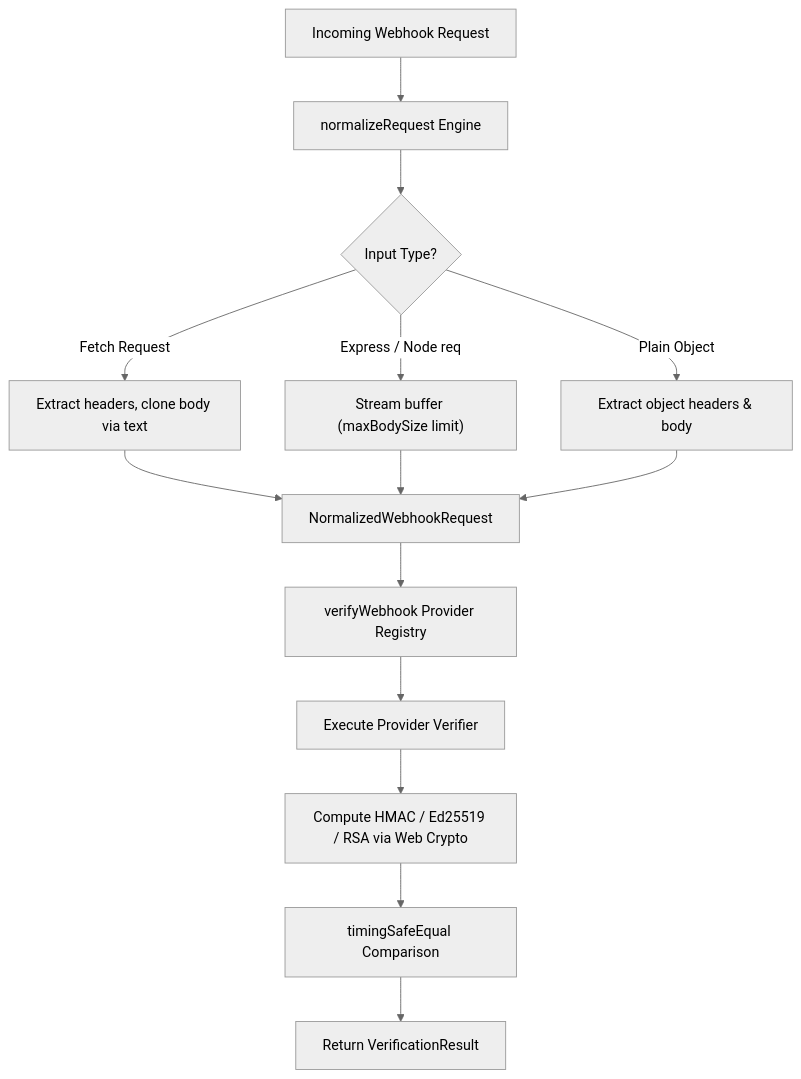
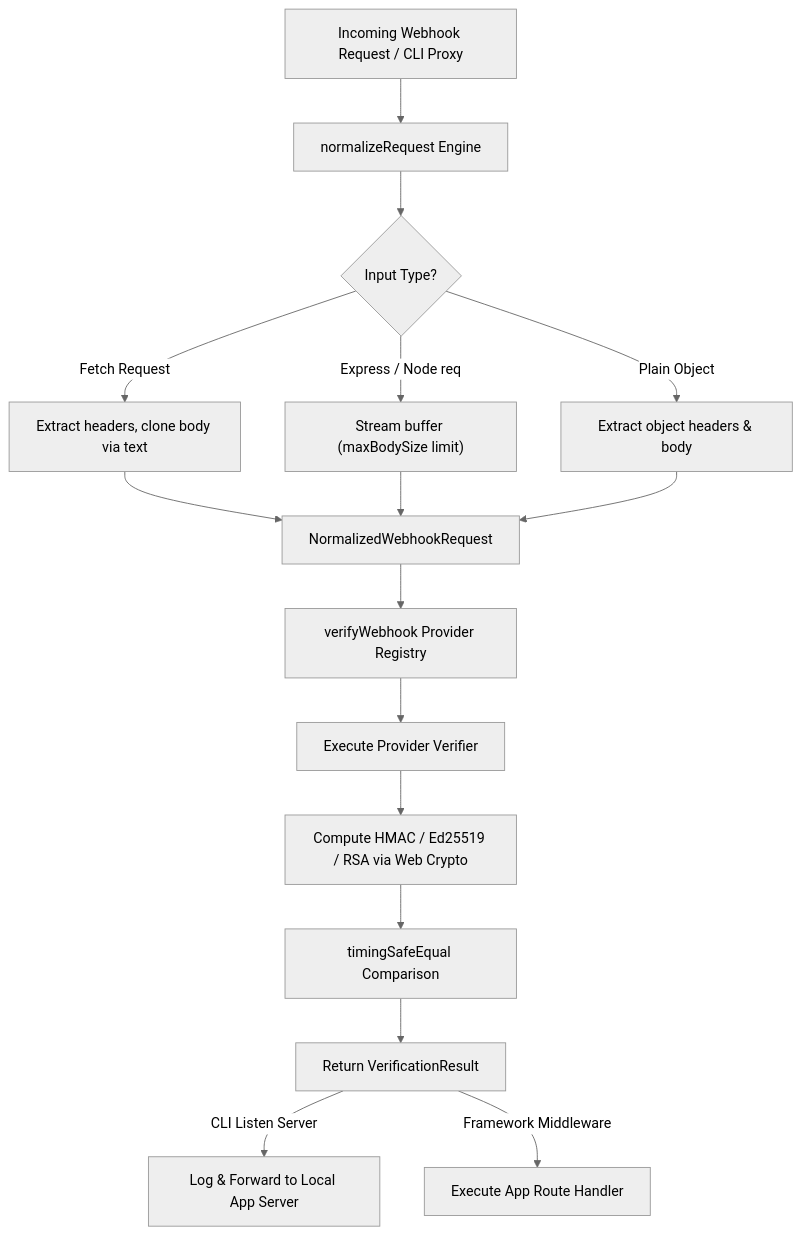
One commit to creatorpiyush/verihook changed the diagram in ARCHITECTURE.md. Above: the diagram before and after it, drawn with Mermaid (neutral theme). The commit also changed other lines of this file and 19 other files, not shown here.

First line of the commit message:
feat(cli): add `npx verihook listen` live local relay proxy (v1.7.0) (#7)

````diff
--- a/ARCHITECTURE.md
+++ b/ARCHITECTURE.md
@@ -25,16 +26,18 @@
 ```mermaid
 flowchart TD
-    A["Incoming Webhook Request"] --> B["normalizeRequest Engine"]
+    A["Incoming Webhook Request / CLI Proxy"] --> B["normalizeRequest Engine"]
     B --> C{"Input Type?"}
     C -->|Fetch Request| D["Extract headers, clone body via text"]
     C -->|Express / Node req| E["Stream buffer (maxBodySize limit)"]
     C -->|Plain Object| F["Extract object headers & body"]
     D --> G["NormalizedWebhookRequest"]
     E --> G
     F --> G
     G --> H["verifyWebhook Provider Registry"]
     H --> I["Execute Provider Verifier"]
     I --> J["Compute HMAC / Ed25519 / RSA via Web Crypto"]
     J --> K["timingSafeEqual Comparison"]
     K --> L["Return VerificationResult"]
+    L -->|CLI Listen Server| M["Log & Forward to Local App Server"]
+    L -->|Framework Middleware| N["Execute App Route Handler"]
 ```
````
